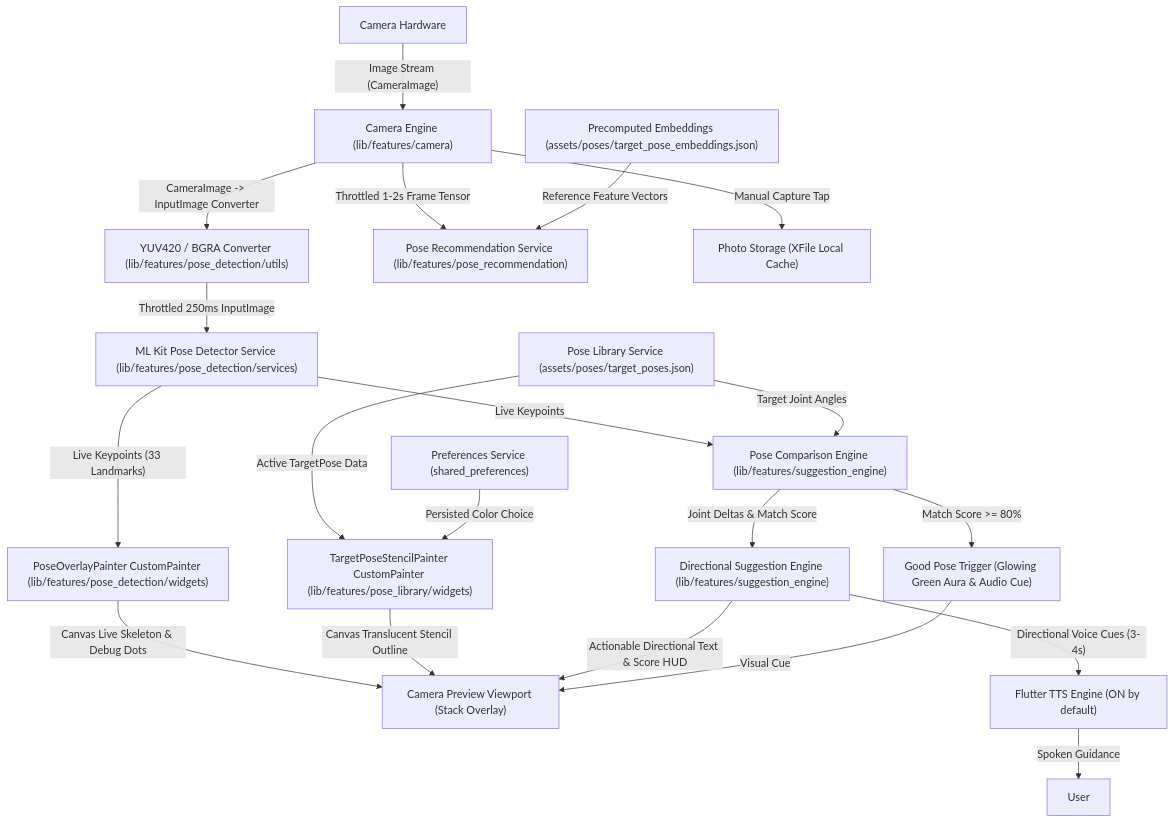
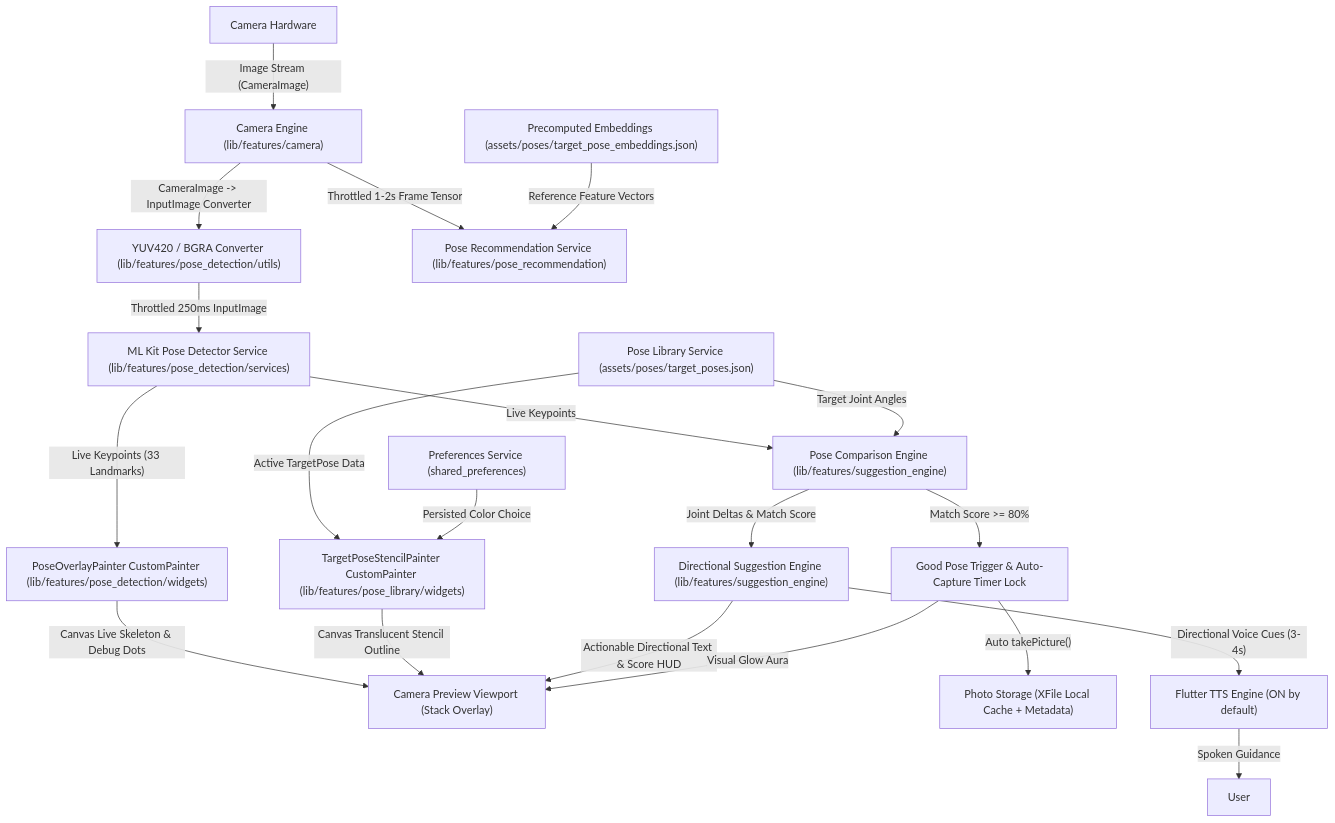
One commit to shubham814026/pose-suggetion changed the diagram in DOCUMENTATION.md. Above: the diagram before and after it, drawn with Mermaid. The commit also changed other lines of this file and 1 other file, not shown here.

Commit message:
Capture Flow

````diff
--- a/DOCUMENTATION.md
+++ b/DOCUMENTATION.md
@@ -31,30 +32,29 @@
 ```mermaid
 graph TD
     A["Camera Hardware"] -->|"Image Stream (CameraImage)"| B["Camera Engine (lib/features/camera)"]
     B -->|"CameraImage -> InputImage Converter"| M["YUV420 / BGRA Converter (lib/features/pose_detection/utils)"]
     M -->|"Throttled 250ms InputImage"| C["ML Kit Pose Detector Service (lib/features/pose_detection/services)"]
     
     C -->|"Live Keypoints (33 Landmarks)"| G["PoseOverlayPainter CustomPainter (lib/features/pose_detection/widgets)"]
     G -->|"Canvas Live Skeleton & Debug Dots"| I["Camera Preview Viewport (Stack Overlay)"]
 
     PL["Pose Library Service (assets/poses/target_poses.json)"] -->|"Active TargetPose Data"| ST["TargetPoseStencilPainter CustomPainter (lib/features/pose_library/widgets)"]
     ST -->|"Canvas Translucent Stencil Outline"| I
 
     PS["Preferences Service (shared_preferences)"] -->|"Persisted Color Choice"| ST
 
     B -->|"Throttled 1-2s Frame Tensor"| PR["Pose Recommendation Service (lib/features/pose_recommendation)"]
     EMB["Precomputed Embeddings (assets/poses/target_pose_embeddings.json)"] -->|"Reference Feature Vectors"| PR
 
     C -->|"Live Keypoints"| CE["Pose Comparison Engine (lib/features/suggestion_engine)"]
     PL -->|"Target Joint Angles"| CE
     CE -->|"Joint Deltas & Match Score"| SE["Directional Suggestion Engine (lib/features/suggestion_engine)"]
     SE -->|"Actionable Directional Text & Score HUD"| I
 
-    CE -->|"Match Score >= 80%"| GP["Good Pose Trigger (Glowing Green Aura & Audio Cue)"]
-    GP -->|Visual Cue| I
+    CE -->|"Match Score >= 80%"| GP["Good Pose Trigger & Auto-Capture Timer Lock"]
+    GP -->|"Auto takePicture()"| K["Photo Storage (XFile Local Cache + Metadata)"]
+    GP -->|Visual Glow Aura| I
 
-    B -->|"Manual Capture Tap"| K["Photo Storage (XFile Local Cache)"]
-    
     SE -->|"Directional Voice Cues (3-4s)"| H["Flutter TTS Engine (ON by default)"]
     H -->|"Spoken Guidance"| J["User"]
 ```
````
